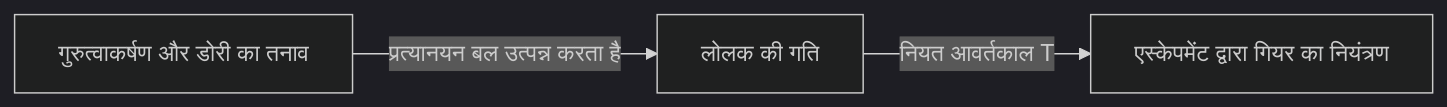
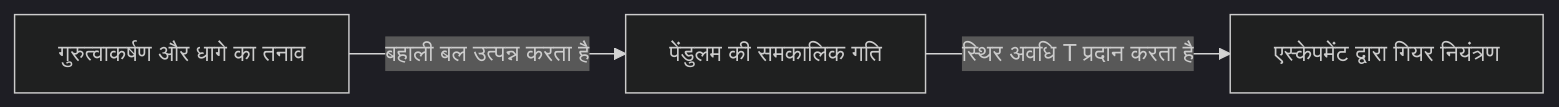
Before and after one commit to kenjinote/blog: the second of 3 diagrams in content/post/history-of-timekeeping-technology/index.hi.md, drawn with Mermaid (dark theme). The commit also changed other lines of this file and 129 other files, not shown here.

````diff
--- a/content/post/history-of-timekeeping-technology/index.hi.md
+++ b/content/post/history-of-timekeeping-technology/index.hi.md
@@ -36,5 +41,5 @@
 ```mermaid
 graph LR
-    A["गुरुत्वाकर्षण और डोरी का तनाव"] -- "प्रत्यानयन बल उत्पन्न करता है" --> B["लोलक की गति"]
-    B -- "नियत आवर्तकाल T" --> C["एस्केपमेंट द्वारा गियर का नियंत्रण"]
+    A["गुरुत्वाकर्षण और धागे का तनाव"] -- "बहाली बल उत्पन्न करता है" --> B["पेंडुलम की समकालिक गति"]
+    B -- "स्थिर अवधि T प्रदान करता है" --> C["एस्केपमेंट द्वारा गियर नियंत्रण"]
 ```
````
